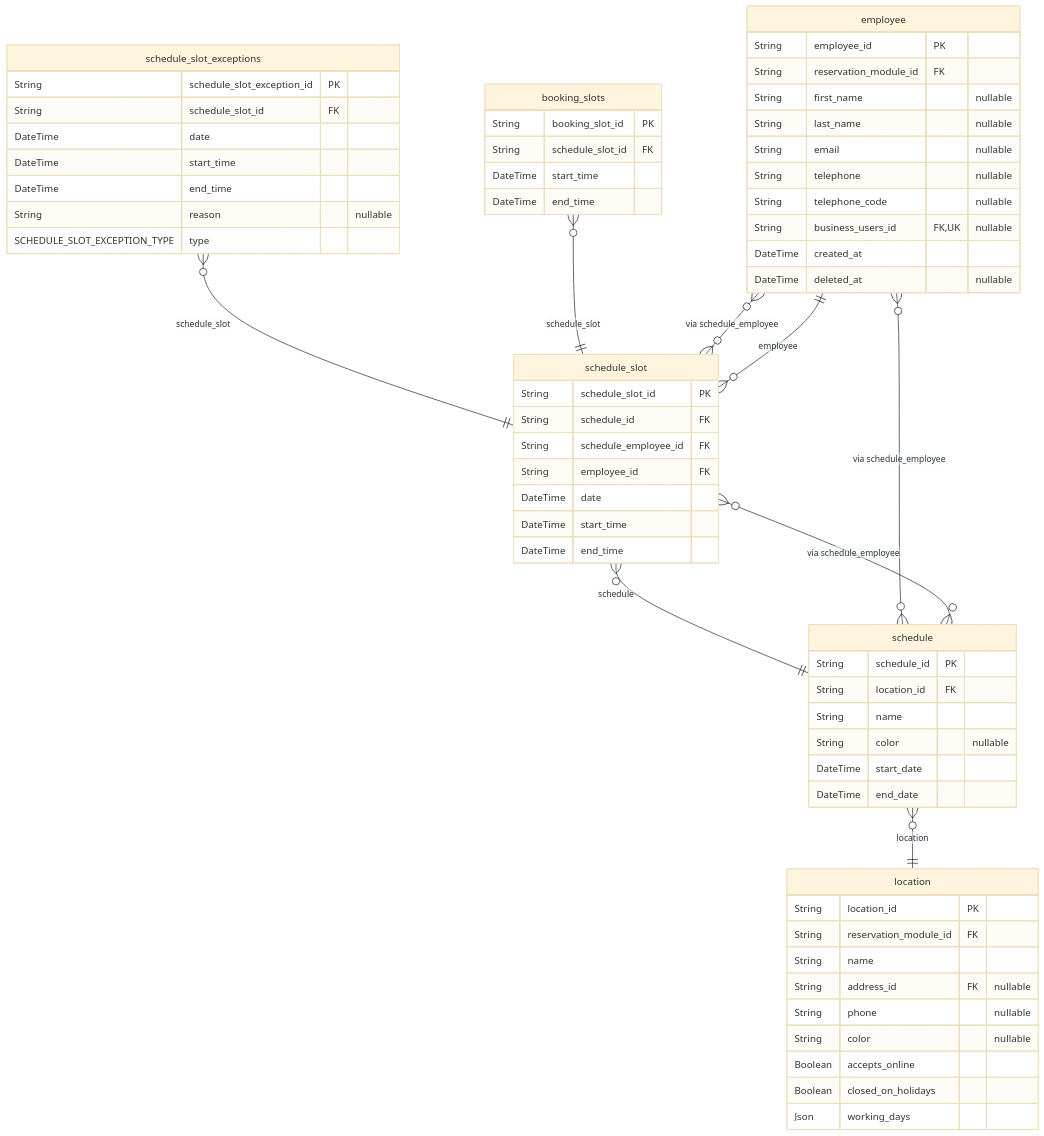
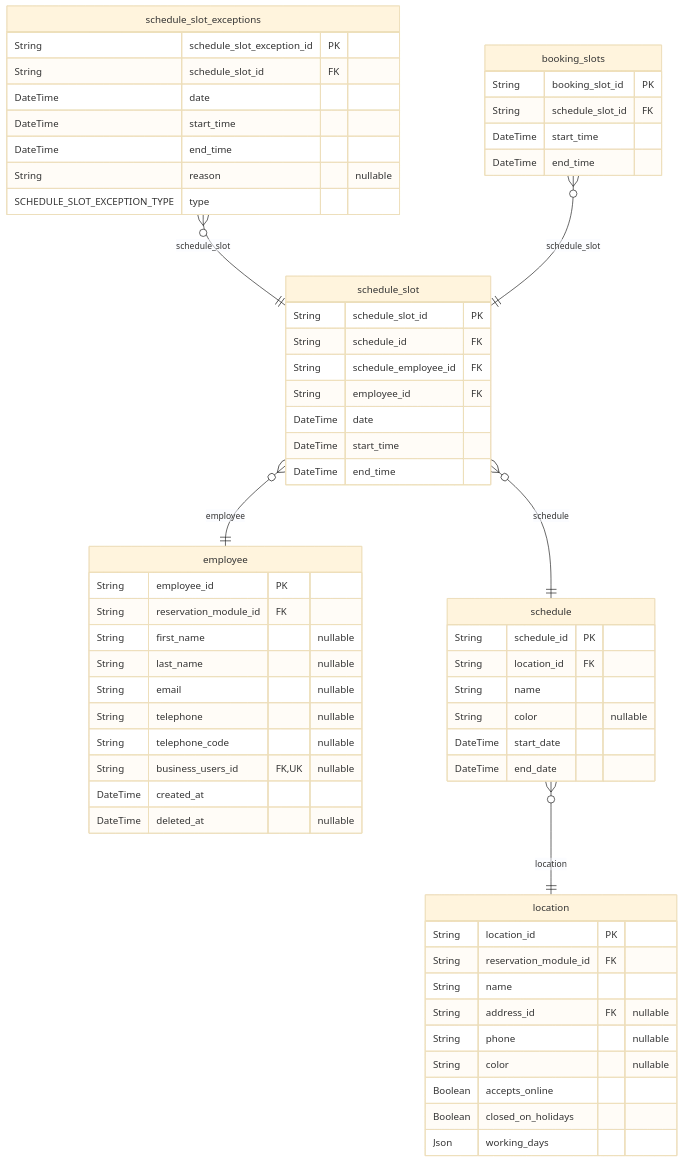
Before and after one commit to pbozic/be-analyisis: diagram 36 of 40 in prisma/schemas/ERD.md, drawn with Mermaid (base theme). The commit also changed other lines of this file and 18 other files, not shown here.

````diff
--- a/prisma/schemas/ERD.md
+++ b/prisma/schemas/ERD.md
@@ -6935,66 +6904,63 @@
 ```mermaid
 erDiagram
 "location" {
   String location_id PK
   String reservation_module_id FK
   String name
   String address_id FK "nullable"
   String phone "nullable"
   String color "nullable"
   Boolean accepts_online
   Boolean closed_on_holidays
   Json working_days
 }
 "employee" {
   String employee_id PK
   String reservation_module_id FK
   String first_name "nullable"
   String last_name "nullable"
   String email "nullable"
   String telephone "nullable"
   String telephone_code "nullable"
   String business_users_id FK,UK "nullable"
   DateTime created_at
   DateTime deleted_at "nullable"
 }
 "schedule" {
   String schedule_id PK
   String location_id FK
   String name
   String color "nullable"
   DateTime start_date
   DateTime end_date
 }
 "schedule_slot" {
   String schedule_slot_id PK
   String schedule_id FK
   String schedule_employee_id FK
   String employee_id FK
   DateTime date
   DateTime start_time
   DateTime end_time
 }
 "schedule_slot_exceptions" {
   String schedule_slot_exception_id PK
   String schedule_slot_id FK
   DateTime date
   DateTime start_time
   DateTime end_time
   String reason "nullable"
   SCHEDULE_SLOT_EXCEPTION_TYPE type
 }
 "booking_slots" {
   String booking_slot_id PK
   String schedule_slot_id FK
   DateTime start_time
   DateTime end_time
 }
 "schedule" }o--|| "location" : location
 "schedule_slot" }o--|| "schedule" : schedule
 "schedule_slot" }o--|| "employee" : employee
 "schedule_slot_exceptions" }o--|| "schedule_slot" : schedule_slot
 "booking_slots" }o--|| "schedule_slot" : schedule_slot
-"schedule" }o--o{ "employee" : "via schedule_employee"
-"schedule" }o--o{ "schedule_slot" : "via schedule_employee"
-"employee" }o--o{ "schedule_slot" : "via schedule_employee"
 ```
````
